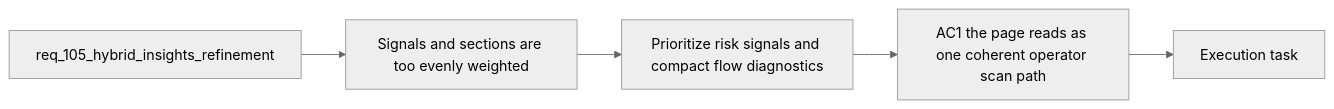
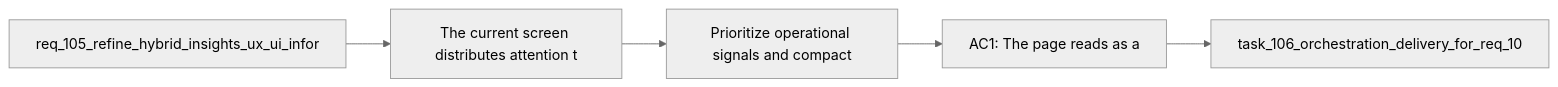
The diagram in logics/backlog/item_189_prioritize_operational_signals_and_compact_hybrid_insights_flow_diagnostics.md (AlexAgo83/logics-manager), drawn with Mermaid (neutral theme) before and after one commit. The commit also changed 481 other files, not shown here.

````diff
--- a/logics/backlog/item_189_prioritize_operational_signals_and_compact_hybrid_insights_flow_diagnostics.md
+++ b/logics/backlog/item_189_prioritize_operational_signals_and_compact_hybrid_insights_flow_diagnostics.md
@@ -28,9 +28,9 @@
 ```mermaid
 %% logics-kind: backlog
-%% logics-signature: backlog|prioritize-operational-signals-and-compa|req-105-hybrid-insights-refinement|the-current-screen-distributes-attention|ac1-the-page-reads-as-a
+%% logics-signature: backlog|prioritize-operational-signals-and-compa|req-105-refine-hybrid-insights-ux-ui-inf|the-current-screen-distributes-attention|ac1-the-page-reads-as-a
 flowchart LR
-    Request[req_105_hybrid_insights_refinement] --> Problem[Signals and sections are too evenly weighted]
-    Problem --> Scope[Prioritize risk signals and compact flow diagnostics]
-    Scope --> Acceptance[AC1 the page reads as one coherent operator scan path]
-    Acceptance --> Tasks[Execution task]
+    Request[req_105_refine_hybrid_insights_ux_ui_infor] --> Problem[The current screen distributes attention t]
+    Problem --> Scope[Prioritize operational signals and compact]
+    Scope --> Acceptance[AC1: The page reads as a]
+    Acceptance --> Tasks[task_106_orchestration_delivery_for_req_10]
 ```
````
